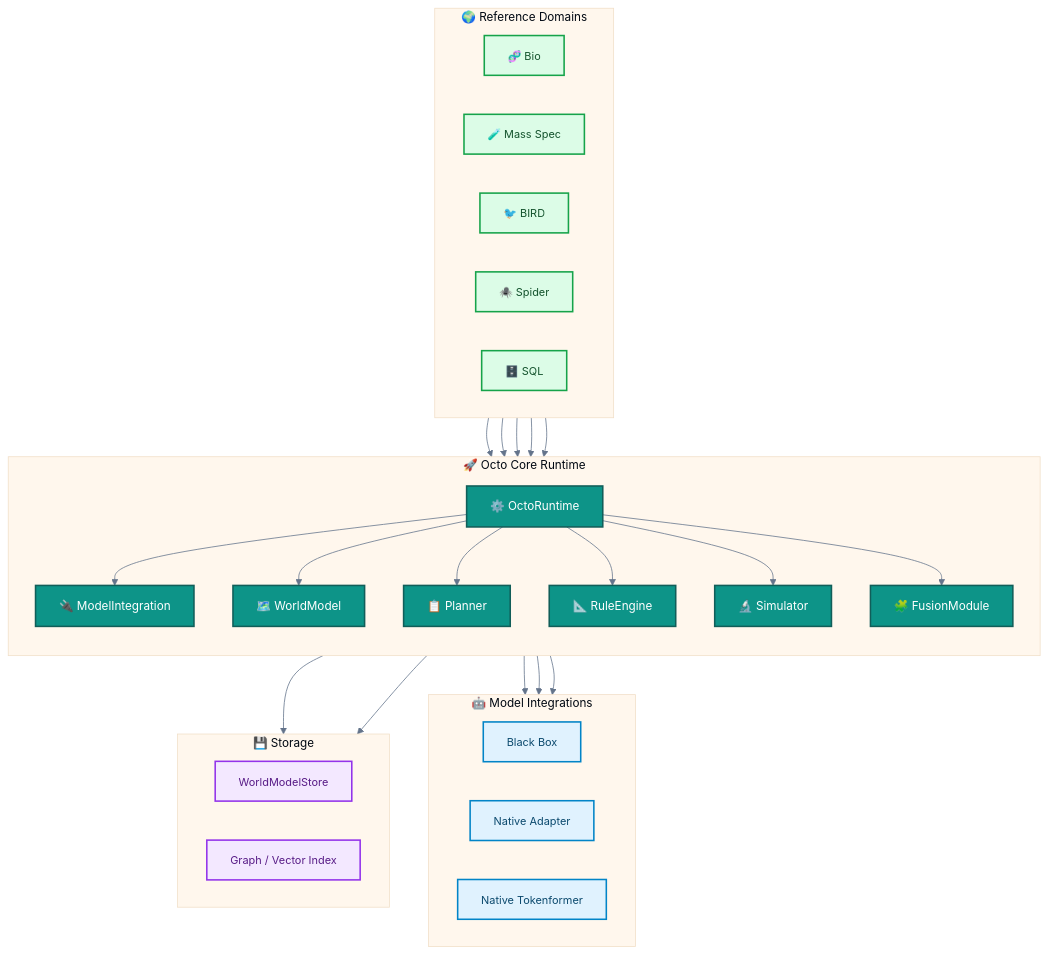
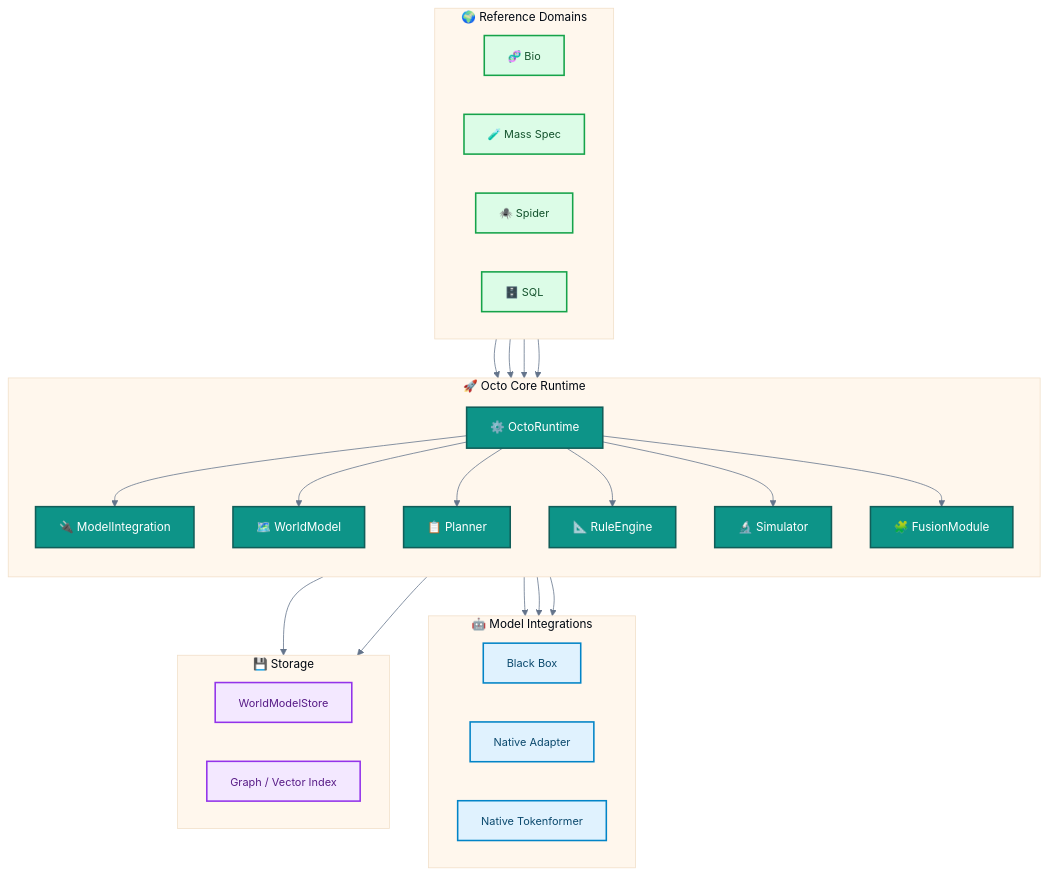
Before and after one commit to funston/tahi: the diagram in diagrams/octo_component_overview.mmd, drawn with Mermaid. The commit also changed 282 other files, not shown here.

```diff
--- a/diagrams/octo_component_overview.mmd
+++ b/diagrams/octo_component_overview.mmd
@@ -1,65 +1,63 @@
 %%{init: {'theme': 'base', 'themeVariables': { 'fontFamily': 'Inter, system-ui, sans-serif', 'fontSize': '15px', 'primaryColor': '#0d9488', 'primaryTextColor': '#ffffff', 'primaryBorderColor': '#115e59', 'lineColor': '#64748b', 'secondaryColor': '#f0fdfa', 'tertiaryColor': '#fff7ed' }}}%%
 flowchart TB
     subgraph Core["🚀 Octo Core Runtime"]
         direction TB
         RT["⚙️ OctoRuntime"]
         INT["🔌 ModelIntegration"]
         WM["🗺️ WorldModel"]
         PLN["📋 Planner"]
         RE["📐 RuleEngine"]
         SIM["🔬 Simulator"]
         FUS["🧩 FusionModule"]
     end
 
     subgraph Models["🤖 Model Integrations"]
         direction LR
         BB["Black Box"]
         NI["Native Adapter"]
         NTI["Native Tokenformer"]
     end
 
     subgraph Storage["💾 Storage"]
         direction LR
         WMS["WorldModelStore"]
         IDX["Graph / Vector Index"]
     end
 
     subgraph Domains["🌍 Reference Domains"]
         direction LR
         BIO["🧬 Bio"]
         MS["🧪 Mass Spec"]
-        BIRD["🐦 BIRD"]
         SPIDER["🕷️ Spider"]
         SQL["🗄️ SQL"]
     end
 
     RT --> INT
     RT --> WM
     RT --> PLN
     RT --> RE
     RT --> SIM
     RT --> FUS
 
     INT --> BB
     INT --> NI
     INT --> NTI
 
     WM --> WMS
     WM --> IDX
 
     BIO --> WM
     MS --> WM
-    BIRD --> WM
     SPIDER --> WM
     SQL --> WM
 
     classDef core fill:#0d9488,stroke:#115e59,stroke-width:2px,color:#fff,font-size:15px
     classDef model fill:#e0f2fe,stroke:#0284c7,stroke-width:2px,color:#0c4a6e,font-size:14px
     classDef storage fill:#f3e8ff,stroke:#9333ea,stroke-width:2px,color:#581c87,font-size:14px
     classDef domain fill:#dcfce7,stroke:#16a34a,stroke-width:2px,color:#14532d,font-size:14px
     classDef group fill:none,stroke:#94a3b8,stroke-width:1px,stroke-dasharray: 5 5
 
     class RT,INT,WM,PLN,RE,SIM,FUS core
     class BB,NI,NTI model
     class WMS,IDX storage
-    class BIO,MS,BIRD,SPIDER,SQL domain
+    class BIO,MS,SPIDER,SQL domain
```
